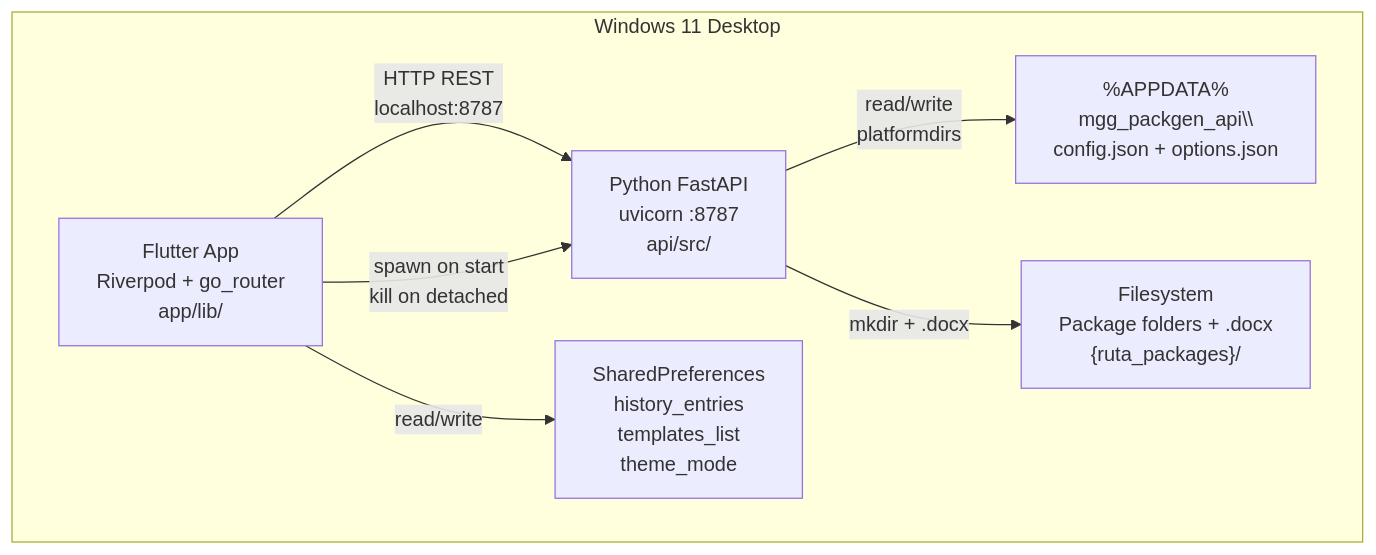
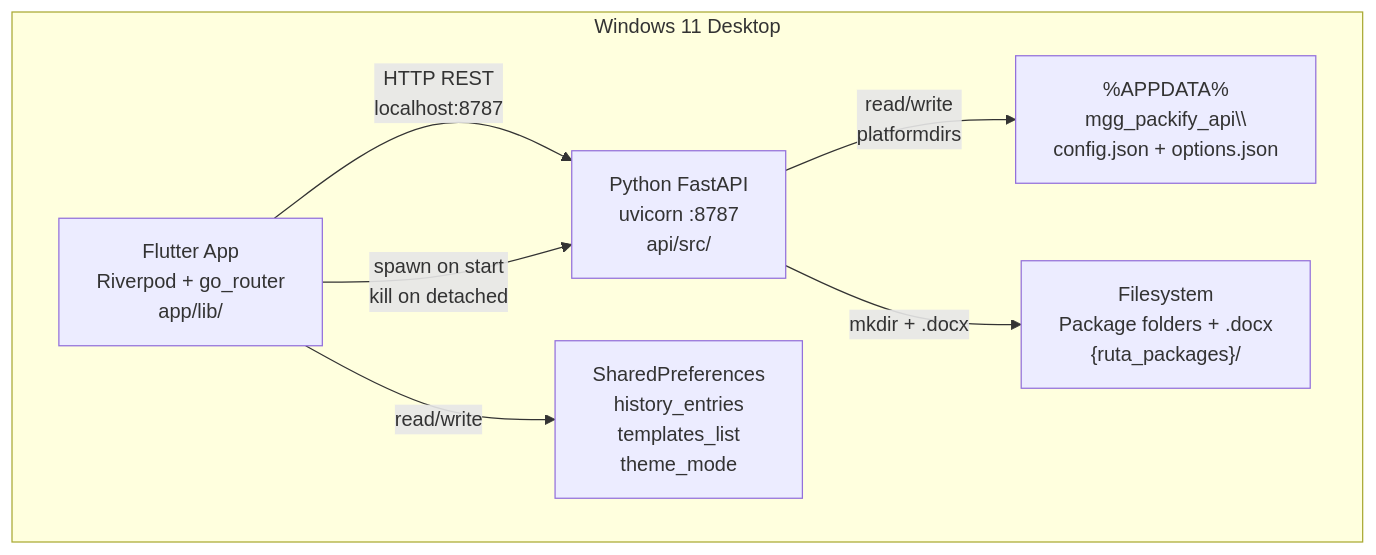
Before and after one commit to mgg-171093/mgg-packify: the first of 6 diagrams in ARCHITECTURE.md, drawn with Mermaid. The commit also changed other lines of this file and 9 other files, not shown here.

Commit message:
refactor: rename Windows binary and update residual mgg_packgen references in docs and config

````diff
--- a/ARCHITECTURE.md
+++ b/ARCHITECTURE.md
@@ -69,16 +69,16 @@
 ```mermaid
 graph TB
     subgraph Windows["Windows 11 Desktop"]
         Flutter["Flutter App\nRiverpod + go_router\napp/lib/"]
         API["Python FastAPI\nuvicorn :8787\napi/src/"]
         FS["Filesystem\nPackage folders + .docx\n{ruta_packages}/"]
-        Config["%APPDATA%\nmgg_packgen_api\\\nconfig.json + options.json"]
+        Config["%APPDATA%\nmgg_packify_api\\\nconfig.json + options.json"]
         SharedPrefs["SharedPreferences\nhistory_entries\ntemplates_list\ntheme_mode"]
     end
 
     Flutter -->|"HTTP REST\nlocalhost:8787"| API
     Flutter -->|"spawn on start\nkill on detached"| API
     API -->|"read/write\nplatformdirs"| Config
     API -->|"mkdir + .docx"| FS
     Flutter -->|"read/write"| SharedPrefs
 ```
````
